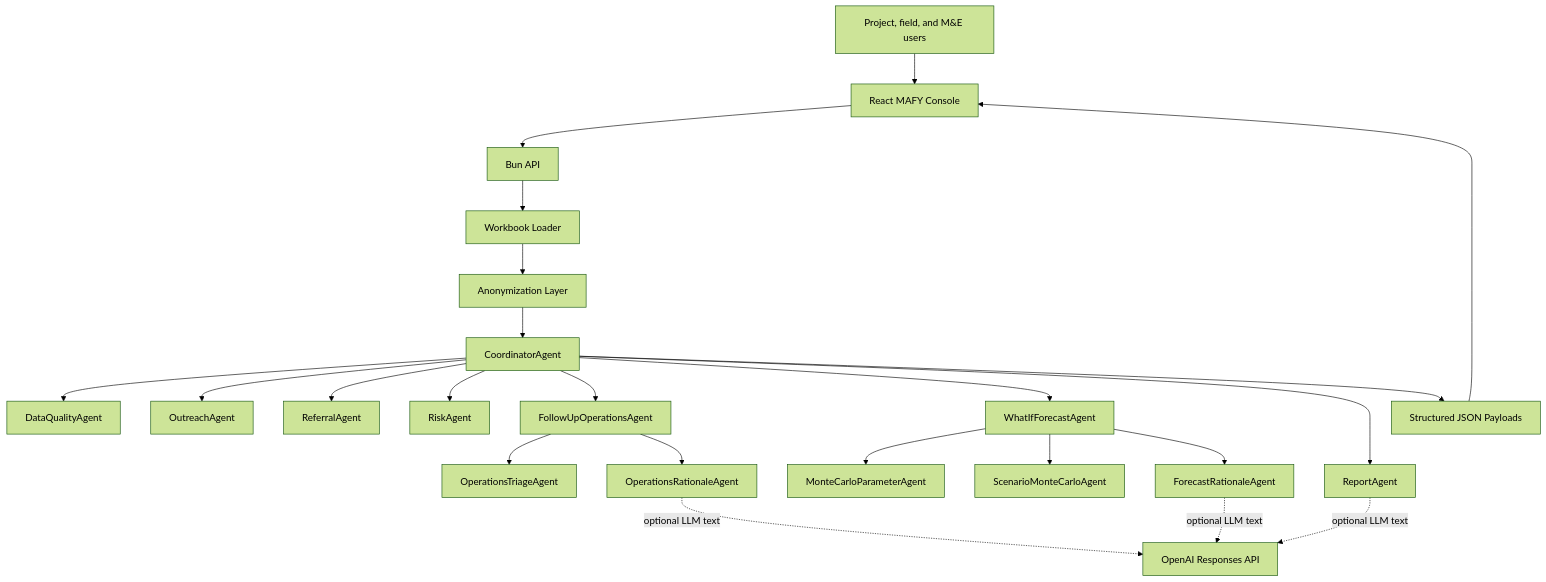
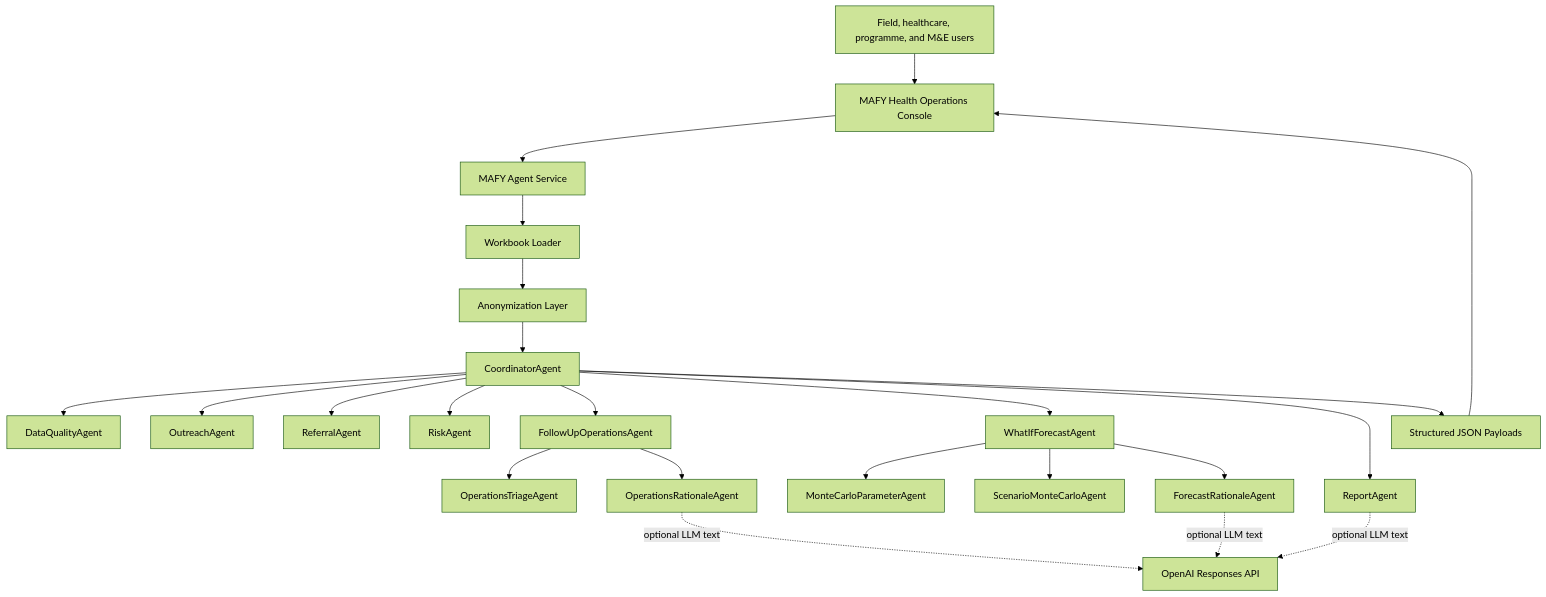
One commit to ENZOMOTIVE/poverty_404 changed the first of 4 diagrams in docs/AGENTIC_INFRASTRUCTURE.md. Above: the diagram before and after it, drawn with Mermaid (forest theme). The commit also changed other lines of this file and 18 other files, not shown here.

````diff
--- a/docs/AGENTIC_INFRASTRUCTURE.md
+++ b/docs/AGENTIC_INFRASTRUCTURE.md
@@ -9,31 +9,31 @@
 ```mermaid
 flowchart TB
-  U[Project, field, and M&E users] --> F[React MAFY Console]
-  F --> API[Bun API]
+  U[Field, healthcare, programme, and M&E users] --> F[MAFY Health Operations Console]
+  F --> API[MAFY Agent Service]
 
   API --> W[Workbook Loader]
   W --> A[Anonymization Layer]
   A --> C[CoordinatorAgent]
 
   C --> DQ[DataQualityAgent]
   C --> OL[OutreachAgent]
   C --> RS[ReferralAgent]
   C --> RI[RiskAgent]
   C --> FO[FollowUpOperationsAgent]
   C --> WF[WhatIfForecastAgent]
   C --> RP[ReportAgent]
 
   FO --> OT[OperationsTriageAgent]
   FO --> OR[OperationsRationaleAgent]
 
   WF --> MP[MonteCarloParameterAgent]
   WF --> MC[ScenarioMonteCarloAgent]
   WF --> FR[ForecastRationaleAgent]
 
   OR -. optional LLM text .-> LLM[OpenAI Responses API]
   FR -. optional LLM text .-> LLM
   RP -. optional LLM text .-> LLM
 
   C --> O[Structured JSON Payloads]
   O --> F
 ```
````
